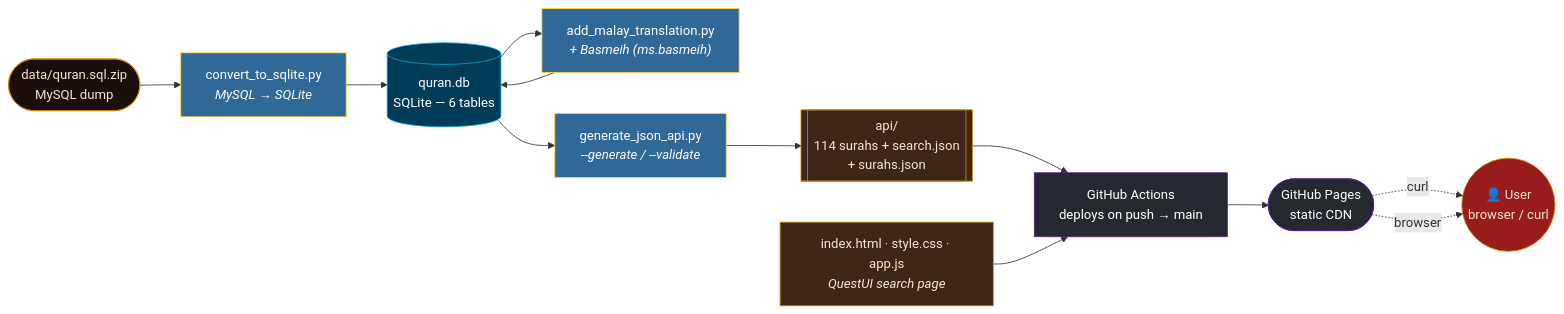
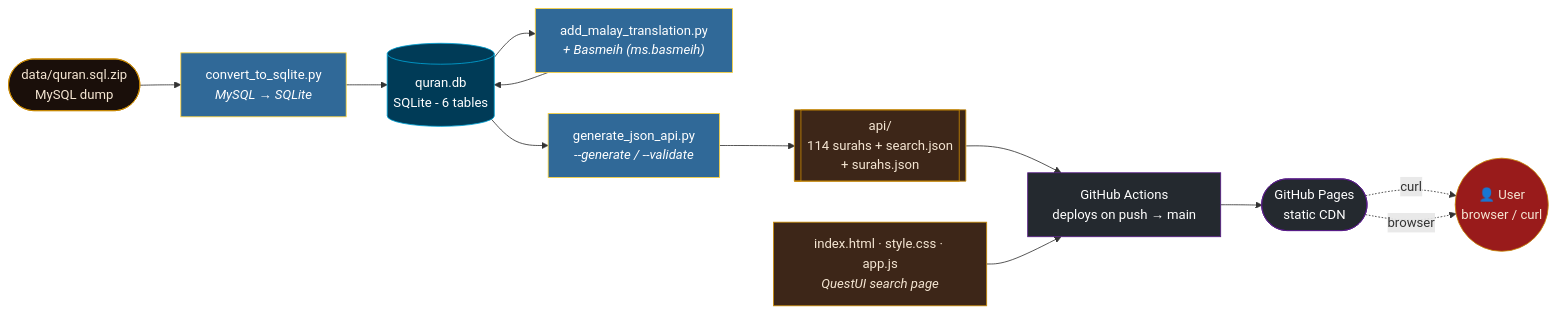
One commit to strdst7/quran-database-malay changed the first of 3 diagrams in README.md. Above: the diagram before and after it, drawn with Mermaid. The commit also changed other lines of this file and 1 other file, not shown here.

````diff
--- a/README.md
+++ b/README.md
@@ -104,29 +106,29 @@
 ```mermaid
 flowchart LR
   classDef src      fill:#1A0F0A,stroke:#CA8A04,color:#F5E6D3
   classDef py       fill:#306998,stroke:#FFD43B,color:#FFFFFF
   classDef db       fill:#003B57,stroke:#00A4D6,color:#FFFFFF
   classDef gh       fill:#24292F,stroke:#581C87,color:#FFFFFF
   classDef out      fill:#3D2618,stroke:#CA8A04,color:#F5E6D3
   classDef user     fill:#991B1B,stroke:#CA8A04,color:#F5E6D3
 
   Z(["data/quran.sql.zip<br/>MySQL dump"]):::src
   C["convert_to_sqlite.py<br/><i>MySQL → SQLite</i>"]:::py
   M["add_malay_translation.py<br/><i>+ Basmeih (ms.basmeih)</i>"]:::py
-  DB[("quran.db<br/>SQLite — 6 tables")]:::db
+  DB[("quran.db<br/>SQLite - 6 tables")]:::db
   G["generate_json_api.py<br/><i>--generate / --validate</i>"]:::py
   API[["api/<br/>114 surahs + search.json<br/>+ surahs.json"]]:::out
   UI["index.html · style.css · app.js<br/><i>QuestUI search page</i>"]:::out
   CI["GitHub Actions<br/>deploys on push → main"]:::gh
   P(["GitHub Pages<br/>static CDN"]):::gh
   U(("👤 User<br/>browser / curl")):::user
 
   Z --> C --> DB
   DB --> M --> DB
   DB --> G --> API
   API --> CI
   UI --> CI
   CI --> P
   P -.curl.-> U
   P -.browser.-> U
 ```
````
